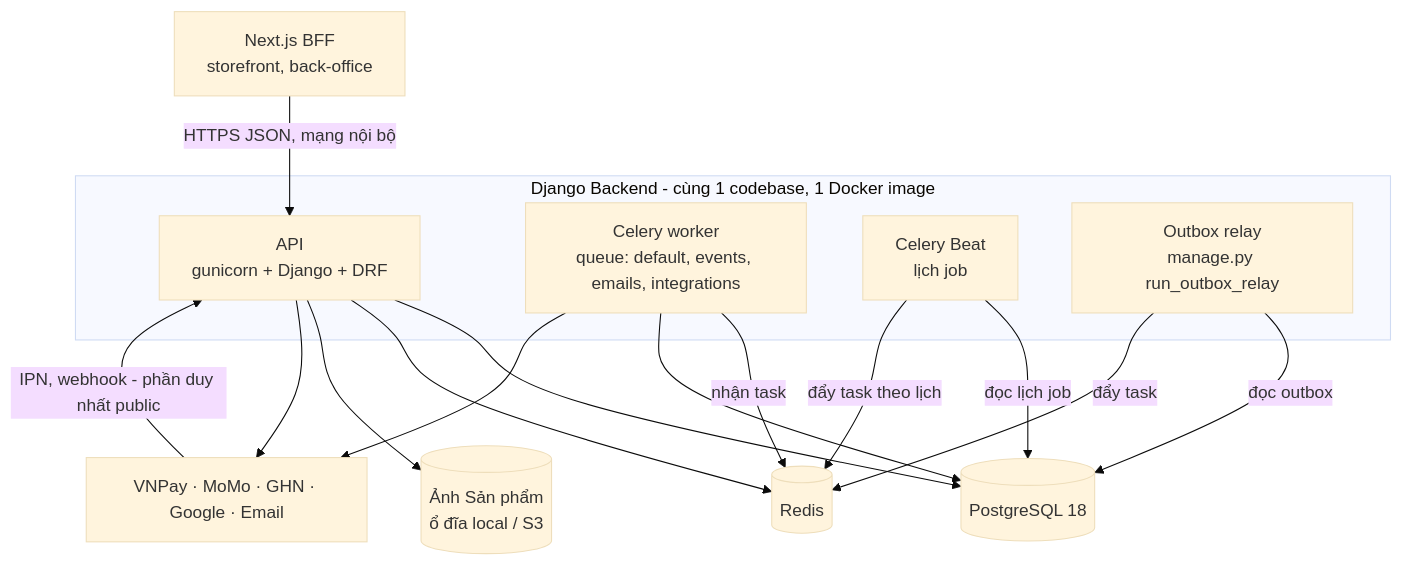
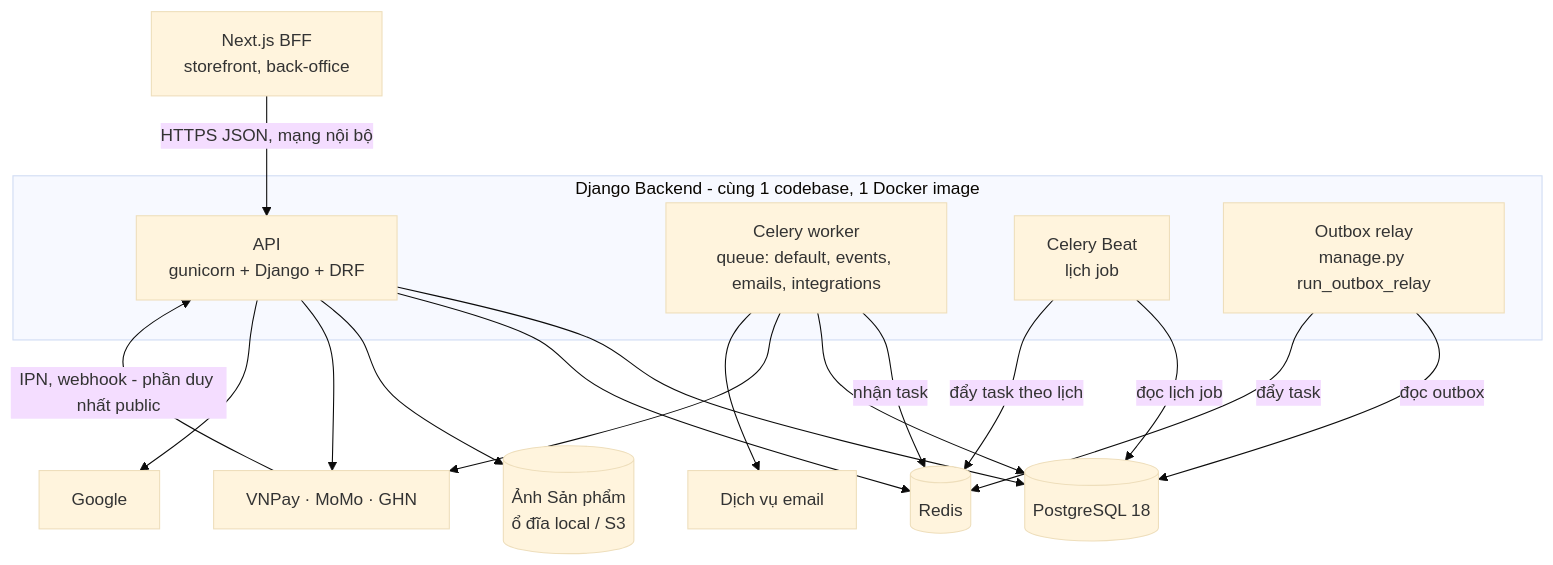
The second of 4 diagrams in docs/architecture/01-system-context.md (LuongCongThanh/boilerplate-ecommerce-next-16), drawn with Mermaid (base theme) before and after one commit. The commit also changed other lines of this file and 2 other files, not shown here.

````diff
--- a/docs/architecture/01-system-context.md
+++ b/docs/architecture/01-system-context.md
@@ -51,30 +52,34 @@
 ```mermaid
 graph TB
     client[Next.js BFF<br/>storefront, back-office]
 
     subgraph backend [Django Backend - cùng 1 codebase, 1 Docker image]
         api[API<br/>gunicorn + Django + DRF]
         worker[Celery worker<br/>queue: default, events, emails, integrations]
         beat[Celery Beat<br/>lịch job]
         relay[Outbox relay<br/>manage.py run_outbox_relay]
     end
 
     pg[(PostgreSQL 18)]
     redis[(Redis)]
     files[(Ảnh Sản phẩm<br/>ổ đĩa local / S3)]
-    ext[VNPay · MoMo · GHN · Google · Email]
+    providers[VNPay · MoMo · GHN]
+    google[Google]
+    mail[Dịch vụ email]
 
     client -->|HTTPS JSON, mạng nội bộ| api
-    ext -->|IPN, webhook - phần duy nhất public| api
+    providers -->|IPN, webhook - phần duy nhất public| api
     api --> pg
     api --> redis
     api --> files
-    api --> ext
+    api --> providers
+    api --> google
     relay -->|đọc outbox| pg
     relay -->|đẩy task| redis
     beat -->|đọc lịch job| pg
     beat -->|đẩy task theo lịch| redis
     worker -->|nhận task| redis
     worker --> pg
-    worker --> ext
+    worker --> providers
+    worker --> mail
 ```
````
